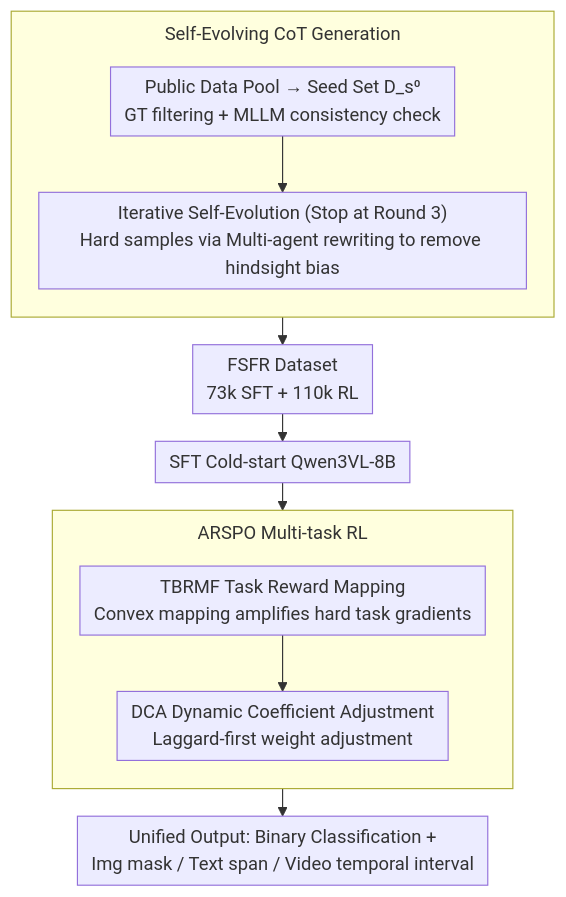
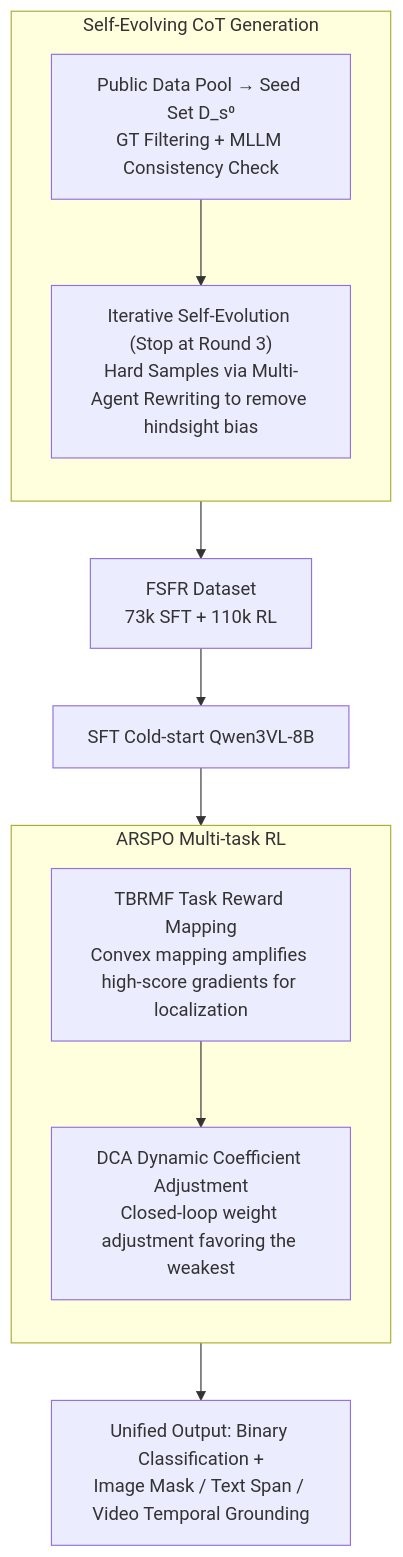
One commit to zhaoyang97/Paper-Notes-en changed the diagram in docs/ICML2026/ai_safety/omnivl-guard_towards_unified_vision-language_forgery_detection_and_grounding_via.md. Above: the diagram before and after it, drawn with Mermaid. The commit also changed other lines of this file and 5084 other files, not shown here.

````diff
--- a/docs/ICML2026/ai_safety/omnivl-guard_towards_unified_vision-language_forgery_detection_and_grounding_via.md
+++ b/docs/ICML2026/ai_safety/omnivl-guard_towards_unified_vision-language_forgery_detection_and_grounding_via.md
@@ -43,16 +43,15 @@
 ```mermaid
-%%{init: {'flowchart': {'rankSpacing': 24, 'nodeSpacing': 28, 'padding': 6, 'wrappingWidth': 400, 'subGraphTitleMargin': {'top': 8, 'bottom': 16}}}}%%
-flowchart TD
+graph TD
     subgraph COT["Self-Evolving CoT Generation"]
         direction TB
-        B["Public Data Pool → Seed Set D_s⁰<br/>GT filtering + MLLM consistency check"] --> C["Iterative Self-Evolution (Stop at Round 3)<br/>Hard samples via Multi-agent rewriting to remove hindsight bias"]
+        B["Public Data Pool → Seed Set D_s⁰<br/>GT Filtering + MLLM Consistency Check"] --> C["Iterative Self-Evolution (Stop at Round 3)<br/>Hard Samples via Multi-Agent Rewriting to remove hindsight bias"]
     end
     COT --> E["FSFR Dataset<br/>73k SFT + 110k RL"]
     E --> F["SFT Cold-start Qwen3VL-8B"]
     subgraph ARSPO["ARSPO Multi-task RL"]
         direction TB
-        G["TBRMF Task Reward Mapping<br/>Convex mapping amplifies hard task gradients"] --> H["DCA Dynamic Coefficient Adjustment<br/>Laggard-first weight adjustment"]
+        G["TBRMF Task Reward Mapping<br/>Convex mapping amplifies high-score gradients for localization"] --> H["DCA Dynamic Coefficient Adjustment<br/>Closed-loop weight adjustment favoring the weakest"]
     end
     F --> ARSPO
-    ARSPO --> I["Unified Output: Binary Classification +<br/>Img mask / Text span / Video temporal interval"]
+    ARSPO --> I["Unified Output: Binary Classification +<br/>Image Mask / Text Span / Video Temporal Grounding"]
 ```
````
